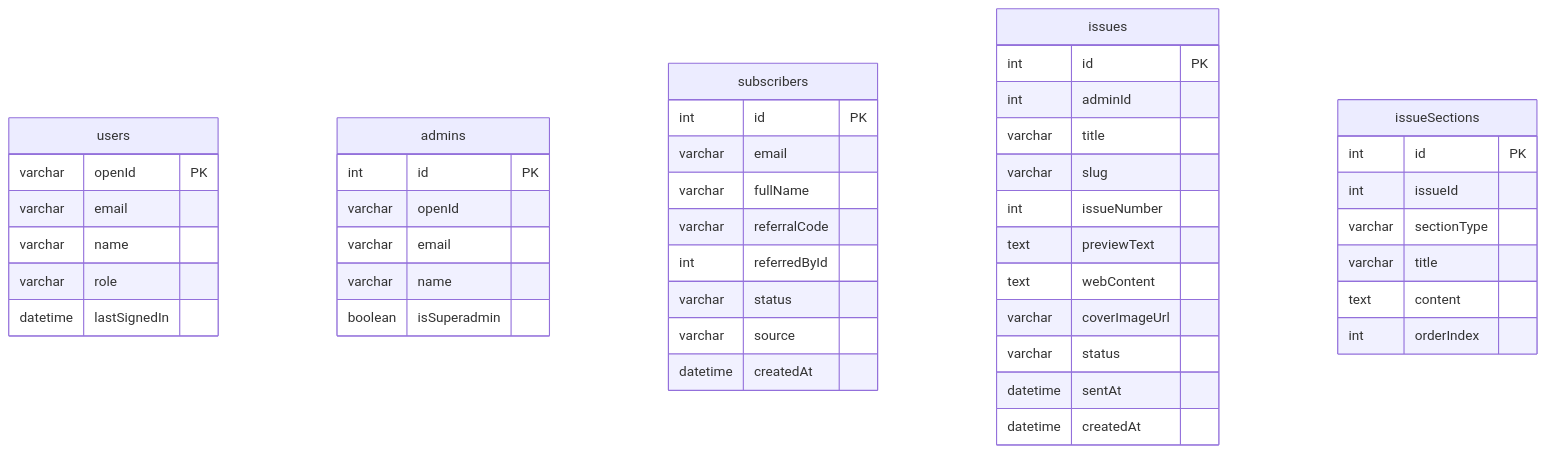
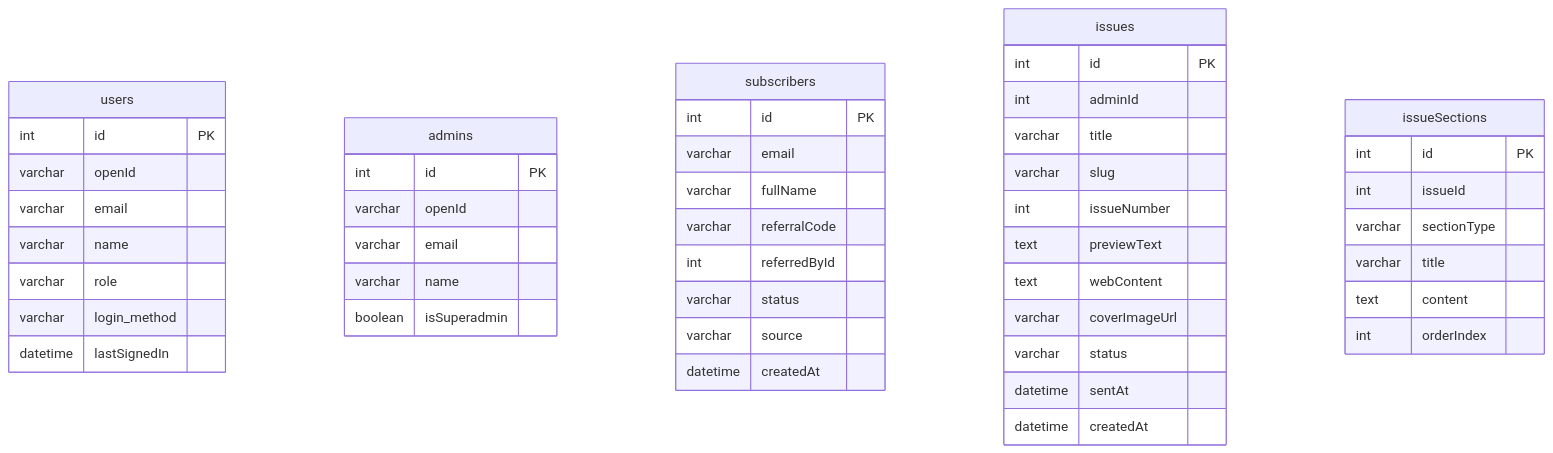
Before and after one commit to kashf048/AI-powered-Newsletter-Management-Platform: the diagram in README.md, drawn with Mermaid. The commit also changed other lines of this file and 52 other files, not shown here.

````diff
--- a/README.md
+++ b/README.md
@@ -45,48 +45,50 @@
 ```mermaid
 erDiagram
     users {
-        varchar openId PK
+        int id PK
+        varchar openId
         varchar email
         varchar name
         varchar role
+        varchar login_method
         datetime lastSignedIn
     }
     admins {
         int id PK
         varchar openId
         varchar email
         varchar name
         boolean isSuperadmin
     }
     subscribers {
         int id PK
         varchar email
         varchar fullName
         varchar referralCode
         int referredById
         varchar status
         varchar source
         datetime createdAt
     }
     issues {
         int id PK
         int adminId
         varchar title
         varchar slug
         int issueNumber
         text previewText
         text webContent
         varchar coverImageUrl
         varchar status
         datetime sentAt
         datetime createdAt
     }
     issueSections {
         int id PK
         int issueId
         varchar sectionType
         varchar title
         text content
         int orderIndex
     }
 ```
````
